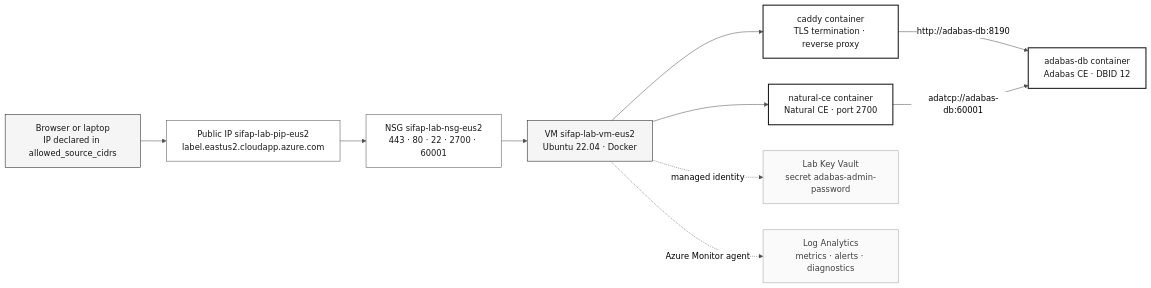
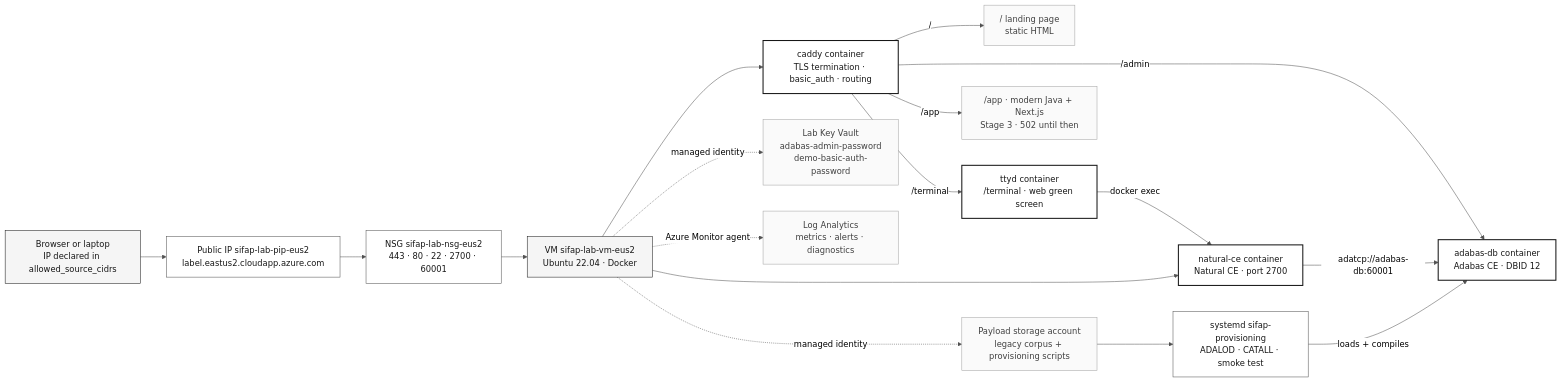
Before and after one commit to paulasilvatech/datacorp-mm-team-kit: the diagram in infra/adabas-natural-lab/README.md, drawn with Mermaid. The commit also changed other lines of this file and 24 other files, not shown here.

````diff
--- a/infra/adabas-natural-lab/README.md
+++ b/infra/adabas-natural-lab/README.md
@@ -65,26 +68,38 @@
 ```mermaid
 %%{init: {'theme':'neutral','themeVariables':{'fontFamily':'ui-sans-serif, system-ui, sans-serif','primaryColor':'#F5F5F5','primaryTextColor':'#171717','primaryBorderColor':'#171717','lineColor':'#525252','secondaryColor':'#FFFFFF','tertiaryColor':'#FAFAFA','background':'#FFFFFF'}}}%%
 flowchart LR
     classDef step fill:#F5F5F5,stroke:#171717,color:#171717
     classDef alt fill:#FFFFFF,stroke:#525252,color:#171717
     classDef muted fill:#FAFAFA,stroke:#A3A3A3,color:#404040
     classDef result fill:#FFFFFF,stroke:#171717,color:#171717,stroke-width:2px
 
     DEV["Browser or laptop<br/>IP declared in allowed_source_cidrs"]:::step
     DNS["Public IP sifap-lab-pip-eus2<br/>label.eastus2.cloudapp.azure.com"]:::alt
     NSG["NSG sifap-lab-nsg-eus2<br/>443 · 80 · 22 · 2700 · 60001"]:::alt
-    CAD["caddy container<br/>TLS termination · reverse proxy"]:::result
+    CAD["caddy container<br/>TLS termination · basic_auth · routing"]:::result
     VM["VM sifap-lab-vm-eus2<br/>Ubuntu 22.04 · Docker"]:::step
+    WWW["/ landing page<br/>static HTML"]:::muted
+    TTY["ttyd container<br/>/terminal · web green screen"]:::result
+    APP["/app · modern Java + Next.js<br/>Stage 3 · 502 until then"]:::muted
     NAT["natural-ce container<br/>Natural CE · port 2700"]:::result
     ADA["adabas-db container<br/>Adabas CE · DBID 12"]:::result
-    KV["Lab Key Vault<br/>secret adabas-admin-password"]:::muted
+    KV["Lab Key Vault<br/>adabas-admin-password<br/>demo-basic-auth-password"]:::muted
+    BLOB["Payload storage account<br/>legacy corpus + provisioning scripts"]:::muted
+    PROV["systemd sifap-provisioning<br/>ADALOD · CATALL · smoke test"]:::alt
     LAW["Log Analytics<br/>metrics · alerts · diagnostics"]:::muted
 
     DEV --> DNS --> NSG --> VM
     VM --> CAD
-    CAD -->|"http://adabas-db:8190"| ADA
+    CAD -->|"/"| WWW
+    CAD -->|"/terminal"| TTY
+    CAD -->|"/app"| APP
+    CAD -->|"/admin"| ADA
+    TTY -->|"docker exec"| NAT
     VM --> NAT
     NAT -->|"adatcp://adabas-db:60001"| ADA
     VM -.->|"managed identity"| KV
+    VM -.->|"managed identity"| BLOB
+    BLOB --> PROV
+    PROV -->|"loads + compiles"| ADA
     VM -.->|"Azure Monitor agent"| LAW
 ```
````
